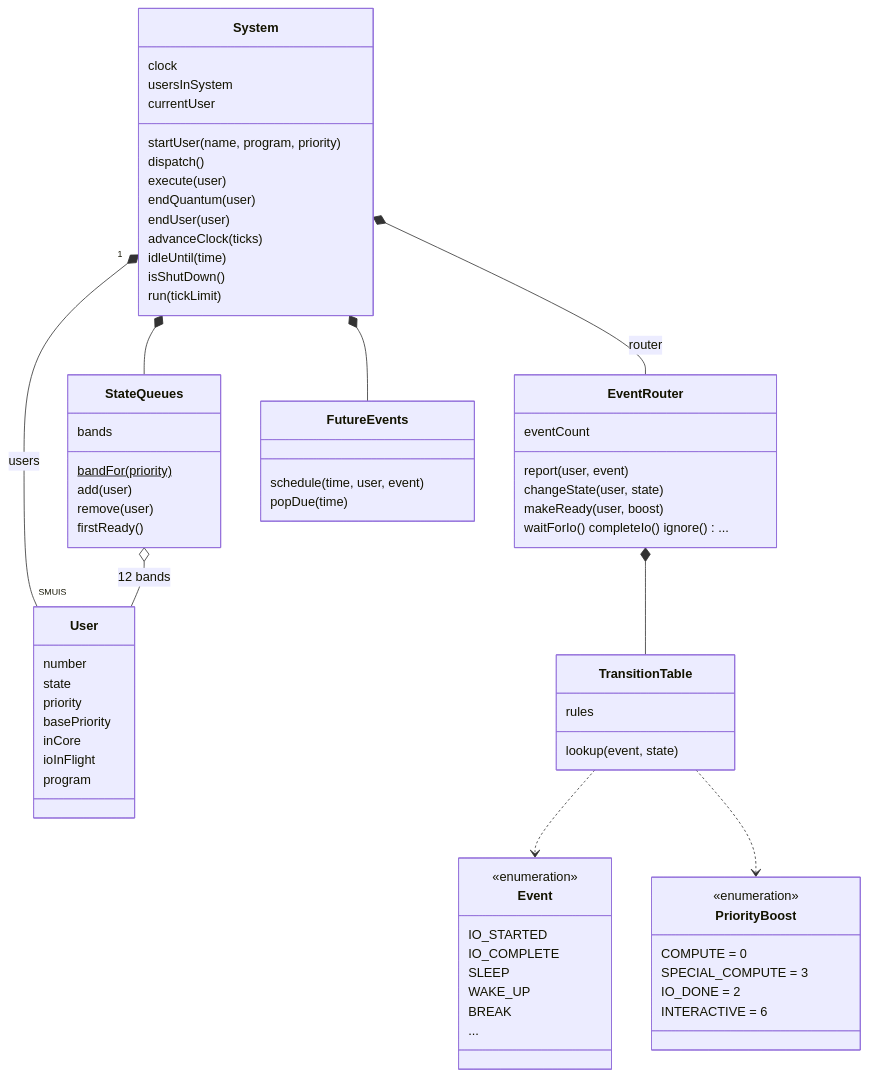
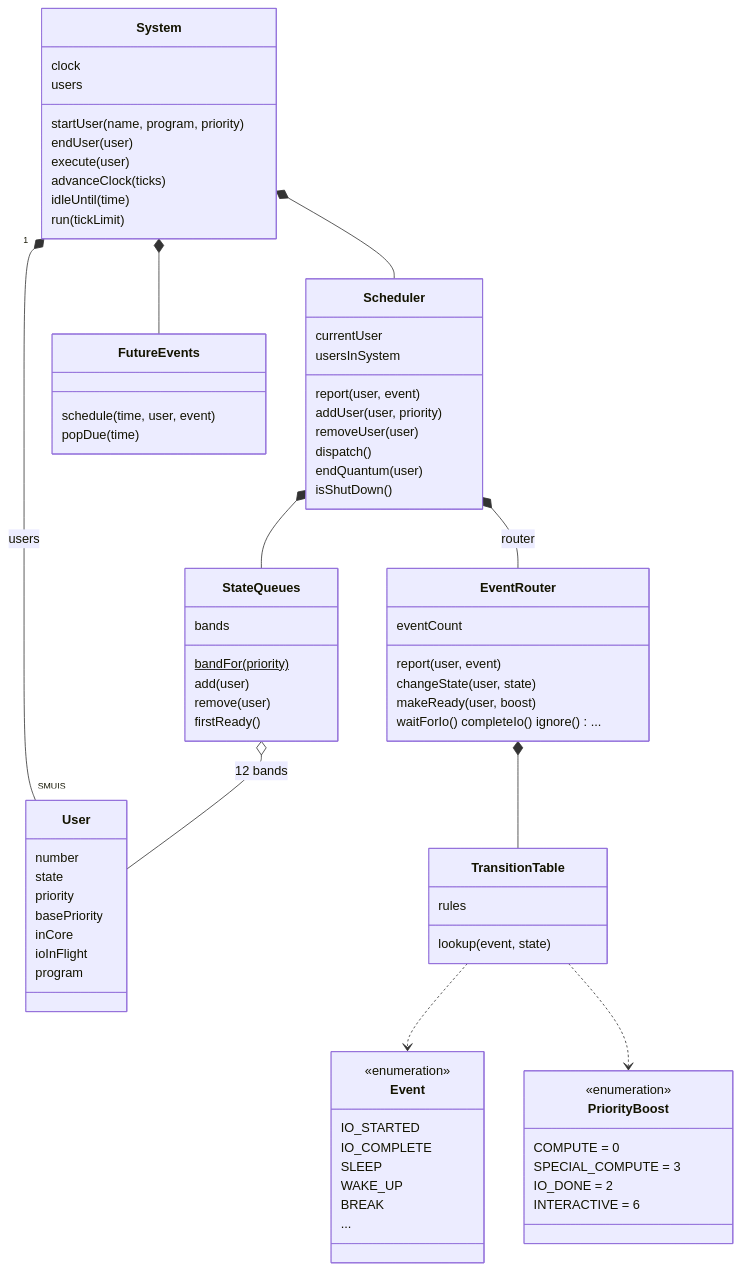
One commit to msiddalingaiah/Sigma changed the first of 3 diagrams in pyCP-V/C00stap/docs/model.md. Above: the diagram before and after it, drawn with Mermaid. The commit also changed other lines of this file and 14 other files, not shown here.

````diff
--- a/pyCP-V/C00stap/docs/model.md
+++ b/pyCP-V/C00stap/docs/model.md
@@ -49,72 +62,79 @@
 ```mermaid
 classDiagram
     class System {
         clock
-        usersInSystem
-        currentUser
+        users
         startUser(name, program, priority)
-        dispatch()
+        endUser(user)
         execute(user)
-        endQuantum(user)
-        endUser(user)
         advanceClock(ticks)
         idleUntil(time)
+        run(tickLimit)
+    }
+    class Scheduler {
+        currentUser
+        usersInSystem
+        report(user, event)
+        addUser(user, priority)
+        removeUser(user)
+        dispatch()
+        endQuantum(user)
         isShutDown()
-        run(tickLimit)
     }
     class User {
         number
         state
         priority
         basePriority
         inCore
         ioInFlight
         program
     }
     class StateQueues {
         bands
         bandFor(priority)$
         add(user)
         remove(user)
         firstReady()
     }
     class EventRouter {
         eventCount
         report(user, event)
         changeState(user, state)
         makeReady(user, boost)
         waitForIo() completeIo() ignore() ...
     }
     class TransitionTable {
         rules
         lookup(event, state)
     }
     class FutureEvents {
         schedule(time, user, event)
         popDue(time)
     }
     class Event {
         <<enumeration>>
         IO_STARTED
         IO_COMPLETE
         SLEEP
         WAKE_UP
         BREAK
         ...
     }
     class PriorityBoost {
         <<enumeration>>
         COMPUTE = 0
         SPECIAL_COMPUTE = 3
         IO_DONE = 2
         INTERACTIVE = 6
     }
     System "1" *-- "SMUIS" User : users
-    System *-- StateQueues
-    System *-- EventRouter : router
+    System *-- Scheduler
     System *-- FutureEvents
+    Scheduler *-- StateQueues
+    Scheduler *-- EventRouter : router
     EventRouter *-- TransitionTable
     TransitionTable ..> Event
     TransitionTable ..> PriorityBoost
     StateQueues o-- User : 12 bands
 ```
````
